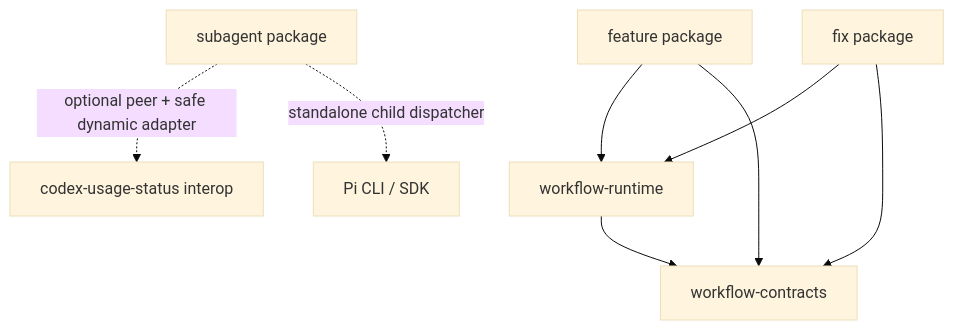
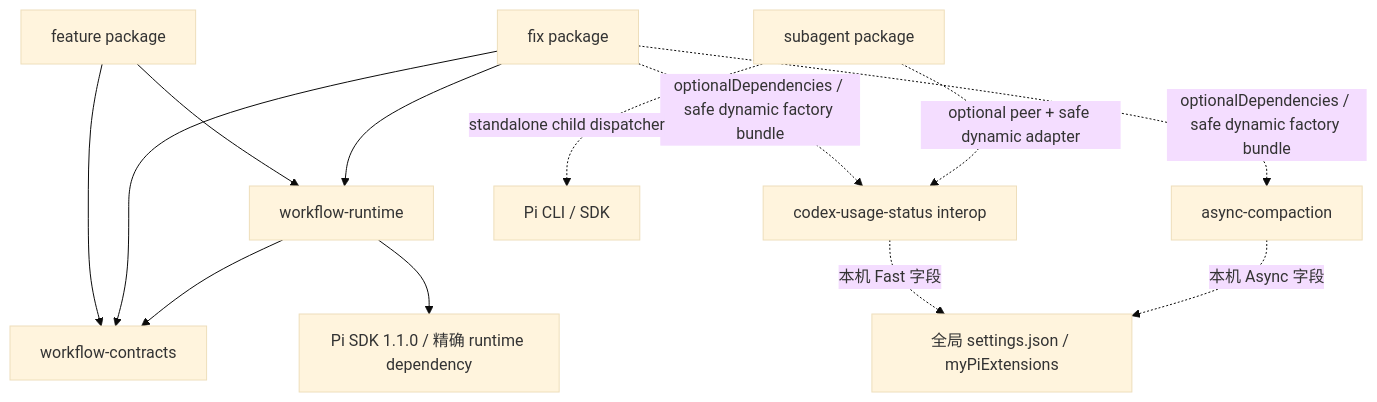
Before and after one commit to ZHOUKAILIAN/my-pi-extension: the diagram in docs/03-项目落地/仓库组织.md, drawn with Mermaid (base theme). The commit also changed other lines of this file and 68 other files, not shown here.

````diff
--- a/docs/03-项目落地/仓库组织.md
+++ b/docs/03-项目落地/仓库组织.md
@@ -36,10 +36,15 @@
 ```mermaid
 flowchart TB
     feature[feature package] --> runtime[workflow-runtime]
     fix[fix package] --> runtime
+    fix -. optionalDependencies / safe dynamic factory bundle .-> codex
+    fix -. optionalDependencies / safe dynamic factory bundle .-> async
     feature --> contracts[workflow-contracts]
     fix --> contracts
     subagent[subagent package] -.->|optional peer + safe dynamic adapter| codex[codex-usage-status interop]
     subagent -. standalone child dispatcher .-> pi[Pi CLI / SDK]
     runtime --> contracts
+    runtime --> workerSdk[Pi SDK 1.1.0 / 精确 runtime dependency]
+    codex -. 本机 Fast 字段 .-> prefs[全局 settings.json / myPiExtensions]
+    async[async-compaction] -. 本机 Async 字段 .-> prefs
 ```
````
